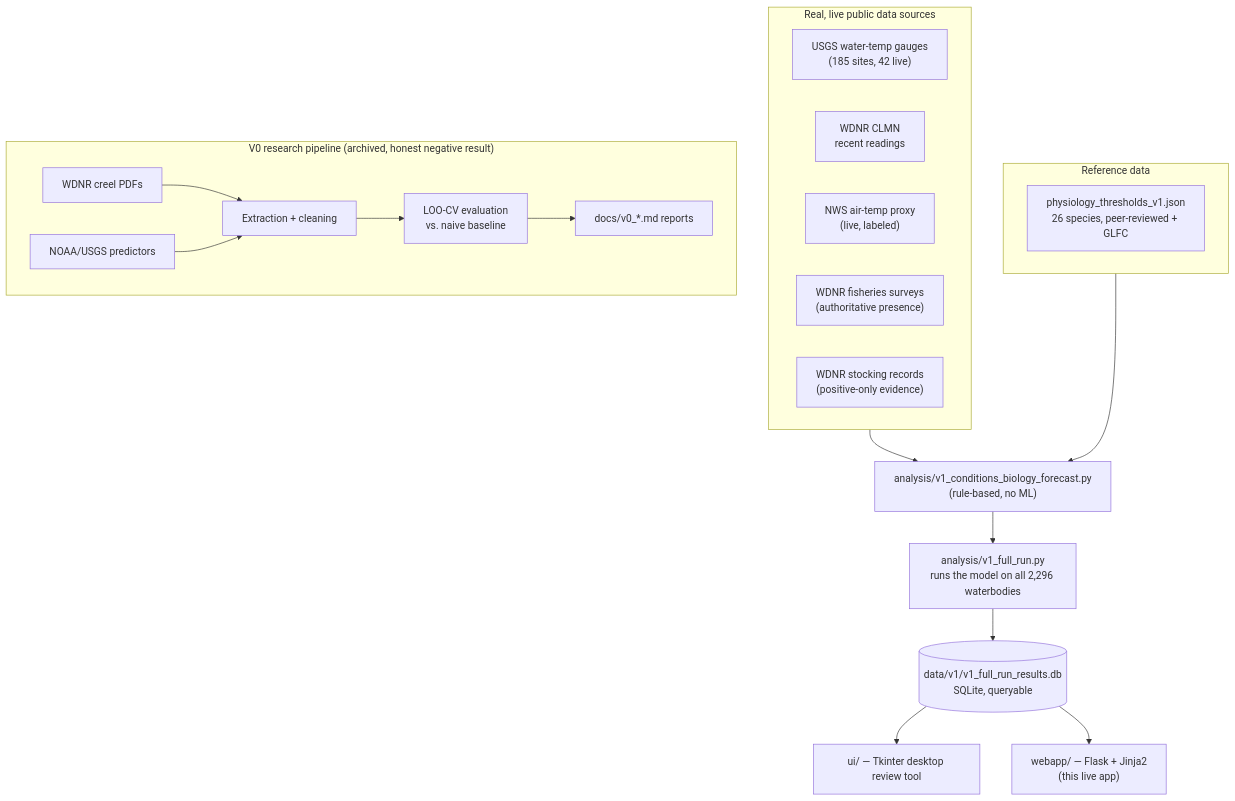
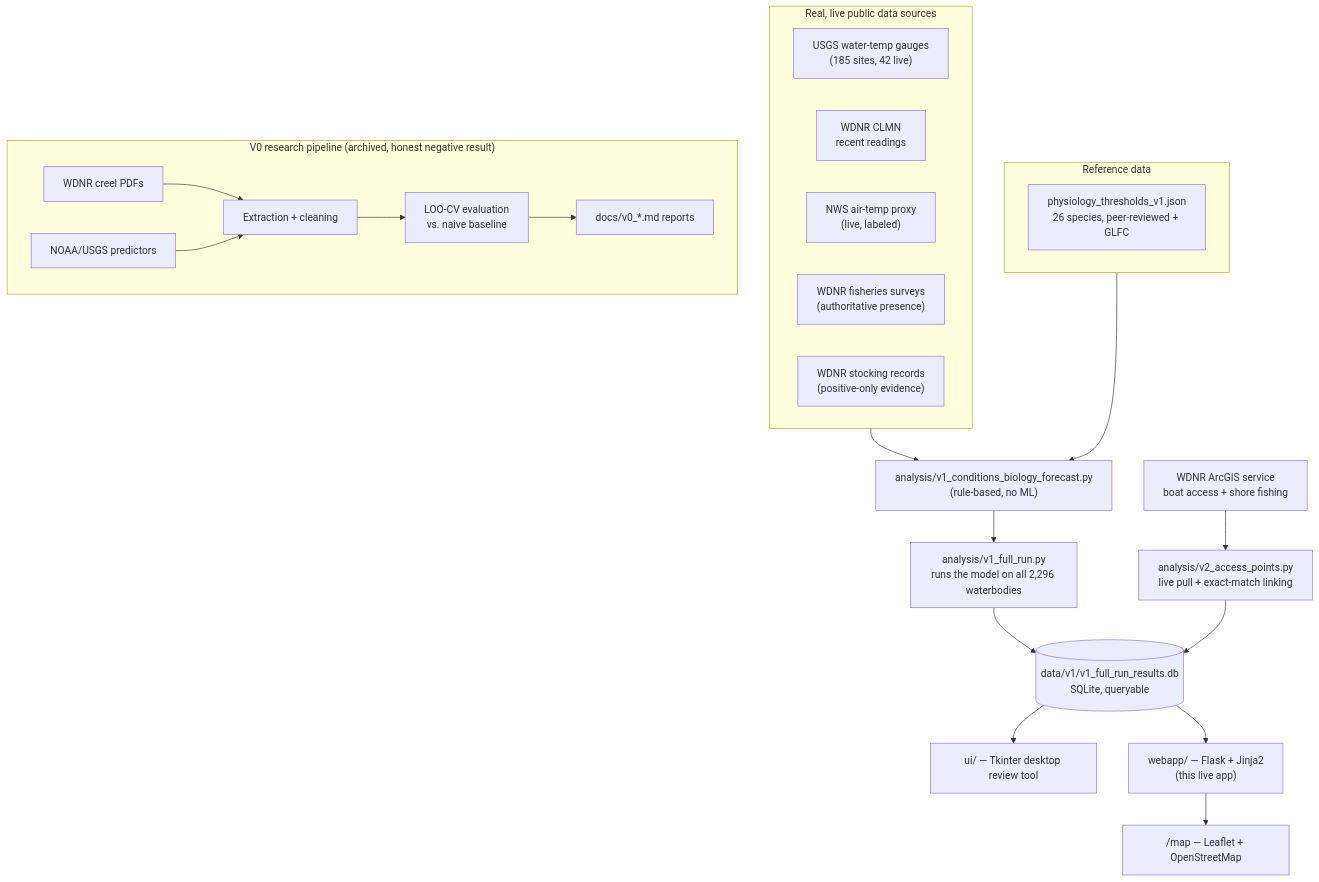
One commit to jsopa1/fishin changed the diagram in README.md. Above: the diagram before and after it, drawn with Mermaid. The commit also changed other lines of this file and 12 other files, not shown here.

First line of the commit message:
Kick off V2: real WDNR access-point map

````diff
--- a/README.md
+++ b/README.md
@@ -91,27 +101,30 @@
 ```mermaid
 flowchart TD
     subgraph Sources["Real, live public data sources"]
         USGS["USGS water-temp gauges\n(185 sites, 42 live)"]
         CLMN["WDNR CLMN\nrecent readings"]
         NWS["NWS air-temp proxy\n(live, labeled)"]
         WDNR_S["WDNR fisheries surveys\n(authoritative presence)"]
         WDNR_K["WDNR stocking records\n(positive-only evidence)"]
     end
     subgraph Ref["Reference data"]
         PHYS["physiology_thresholds_v1.json\n26 species, peer-reviewed + GLFC"]
     end
 
     Sources --> Model["analysis/v1_conditions_biology_forecast.py\n(rule-based, no ML)"]
     Ref --> Model
     Model --> FullRun["analysis/v1_full_run.py\nruns the model on all 2,296 waterbodies"]
     FullRun --> DB[("data/v1/v1_full_run_results.db\nSQLite, queryable")]
+    WDNR_GIS["WDNR ArcGIS service\nboat access + shore fishing"] --> V2Script["analysis/v2_access_points.py\nlive pull + exact-match linking"]
+    V2Script --> DB
     DB --> Exe["ui/ — Tkinter desktop review tool"]
     DB --> Web["webapp/ — Flask + Jinja2\n(this live app)"]
+    Web --> MapPage["/map — Leaflet + OpenStreetMap"]
 
     subgraph V0["V0 research pipeline (archived, honest negative result)"]
         Creel["WDNR creel PDFs"] --> Extract["Extraction + cleaning"]
         Buoy["NOAA/USGS predictors"] --> Extract
         Extract --> Eval["LOO-CV evaluation\nvs. naive baseline"]
         Eval --> Reports["docs/v0_*.md reports"]
     end
 ```
````
